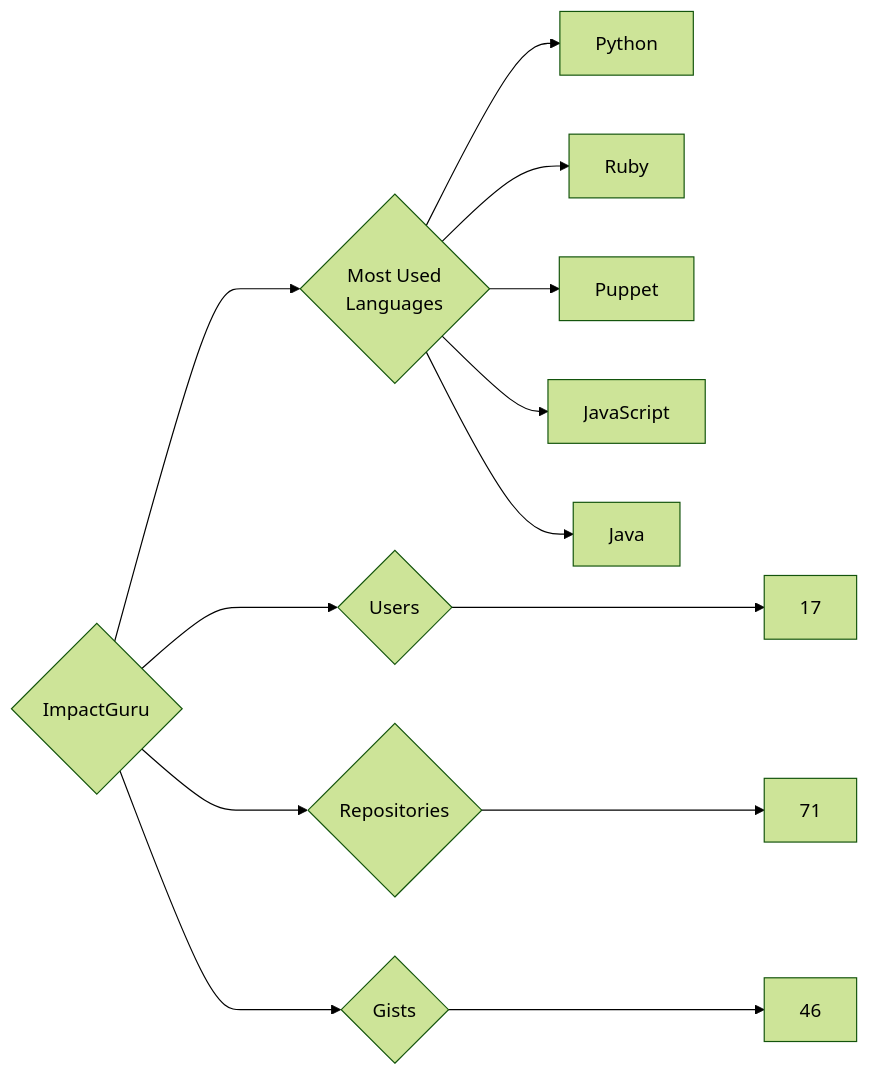
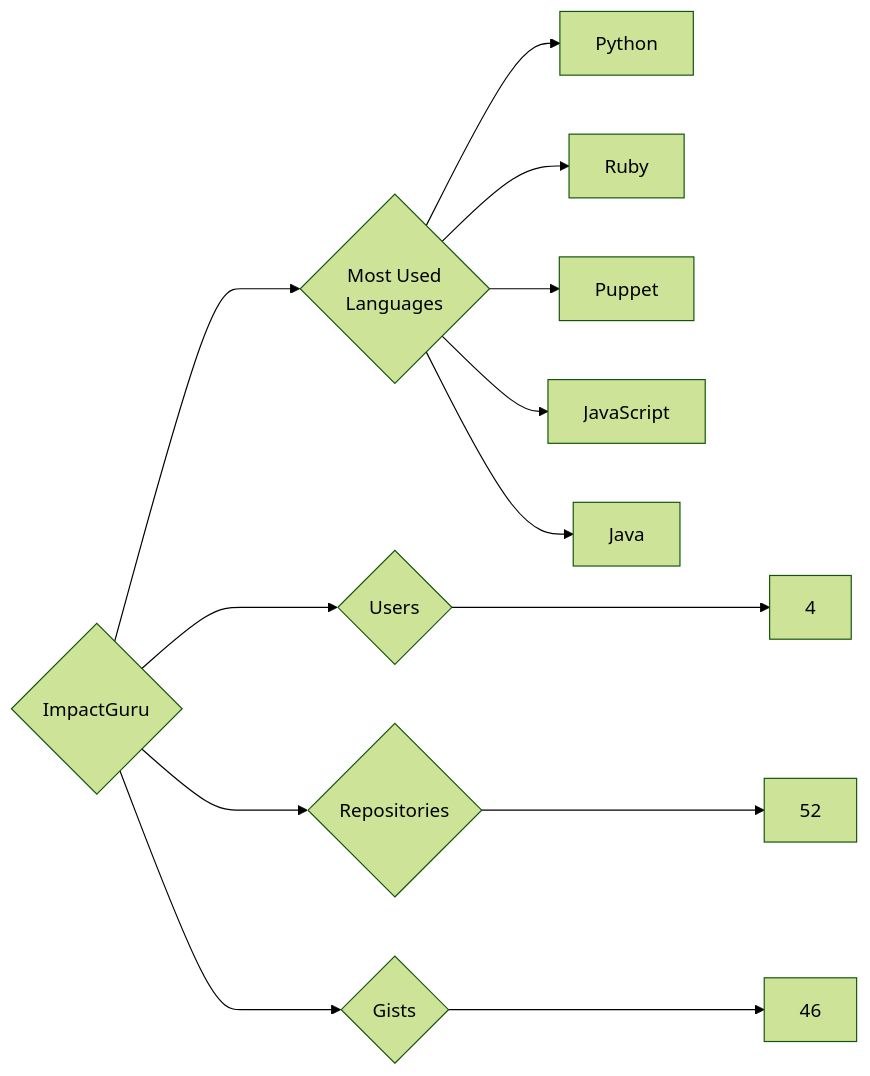
One commit to trickest/insiders changed the diagram in targets/ImpactGuru/README.md. Above: the diagram before and after it, drawn with Mermaid (forest theme). The commit also changed 1084 other files, not shown here.

````diff
--- a/targets/ImpactGuru/README.md
+++ b/targets/ImpactGuru/README.md
@@ -3,13 +3,13 @@
 ```mermaid
 graph LR
 COMPANY_NAME{ImpactGuru}
-COMPANY_NAME ---> U{Users} ---> UN[17]
-COMPANY_NAME ---> R{Repositories} ---> RN[71]
+COMPANY_NAME ---> U{Users} ---> UN[4]
+COMPANY_NAME ---> R{Repositories} ---> RN[52]
 COMPANY_NAME ---> G{Gists} ---> GN[46]
 COMPANY_NAME ---> ML{Most Used<br>Languages}
 ML --> Python[Python]
 ML --> Ruby[Ruby]
 ML --> Puppet[Puppet]
 ML --> JavaScript[JavaScript]
 ML --> Java[Java]
 ```
````
